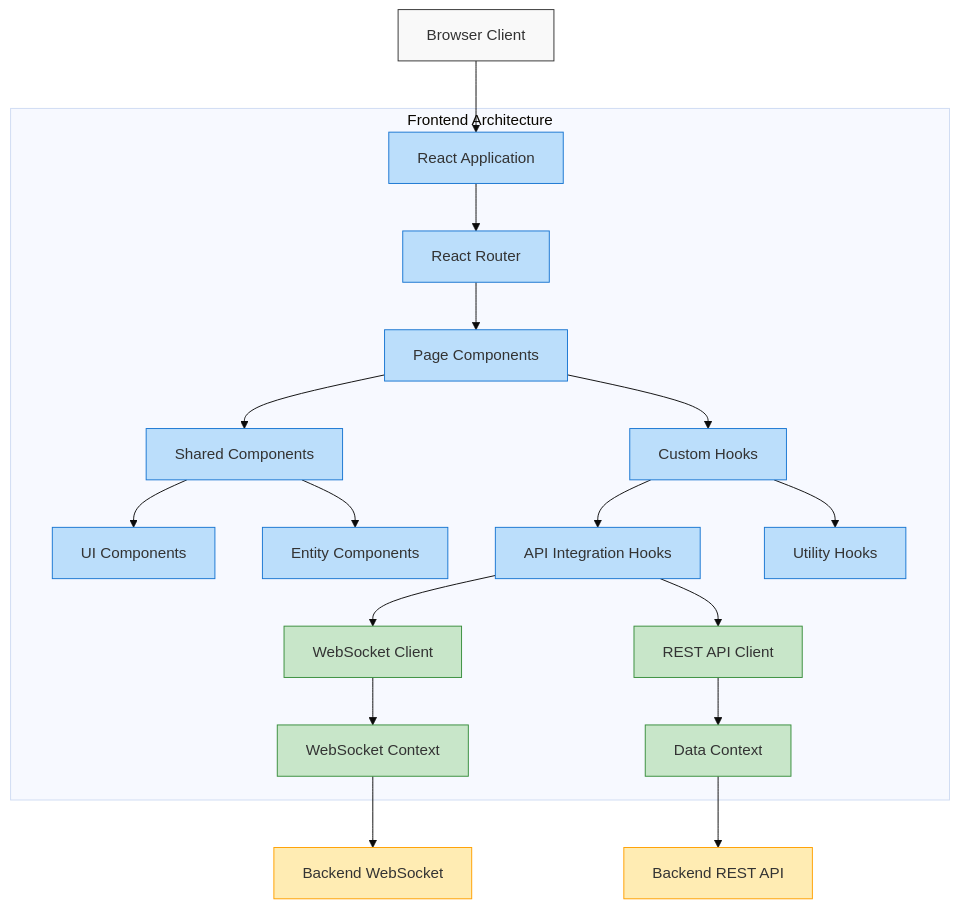
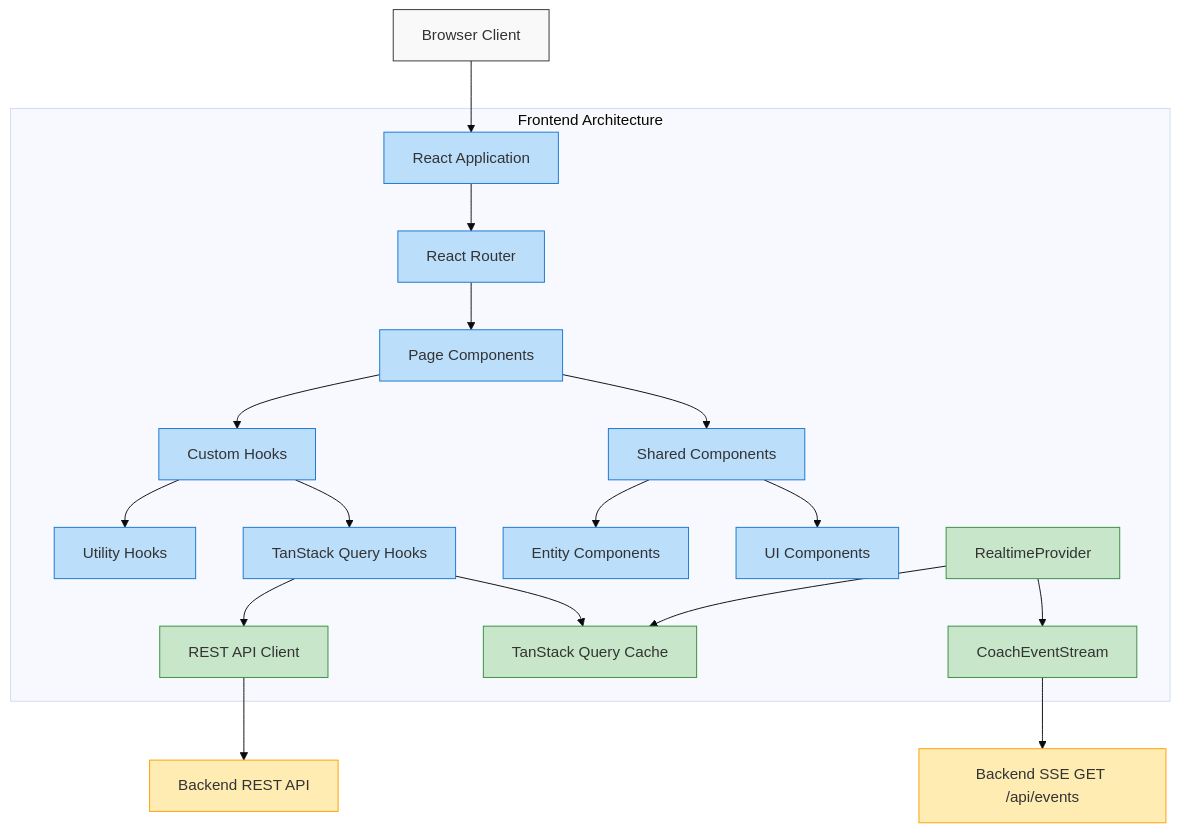
One commit to carpenike/coachiq changed the diagram in docs/architecture/frontend.md. Above: the diagram before and after it, drawn with Mermaid (base theme). The commit also changed other lines of this file and 32 other files, not shown here.

````diff
--- a/docs/architecture/frontend.md
+++ b/docs/architecture/frontend.md
@@ -7,36 +7,35 @@
 ```mermaid
 graph TD
     Client[Browser Client] --> ReactApp[React Application]
 
     subgraph "Frontend Architecture"
         ReactApp --> Router[React Router]
         Router --> Pages[Page Components]
         Pages --> SharedComponents[Shared Components]
         Pages --> Hooks[Custom Hooks]
 
         SharedComponents --> UIComponents[UI Components]
         SharedComponents --> EntityComponents[Entity Components]
 
-        Hooks --> APIHooks[API Integration Hooks]
+        Hooks --> QueryHooks[TanStack Query Hooks]
         Hooks --> UtilityHooks[Utility Hooks]
 
-        APIHooks --> WebSocketClient[WebSocket Client]
-        APIHooks --> RESTClient[REST API Client]
-
-        WebSocketClient --> WSContext[WebSocket Context]
-        RESTClient --> DataContext[Data Context]
+        QueryHooks --> QueryCache[TanStack Query Cache]
+        RealtimeProvider[RealtimeProvider] --> SSEClient[CoachEventStream]
+        RealtimeProvider --> QueryCache
+        QueryHooks --> RESTClient[REST API Client]
     end
 
-    WSContext --> BackendWS[Backend WebSocket]
-    DataContext --> BackendREST[Backend REST API]
+    SSEClient --> BackendSSE[Backend SSE GET /api/events]
+    RESTClient --> BackendREST[Backend REST API]
 
     classDef client fill:#f9f9f9,stroke:#333,stroke-width:1px;
     classDef frontend fill:#bbdefb,stroke:#1976d2,stroke-width:1px;
     classDef api fill:#c8e6c9,stroke:#388e3c,stroke-width:1px;
     classDef backend fill:#ffecb3,stroke:#ffa000,stroke-width:1px;
 
     class Client client;
-    class ReactApp,Router,Pages,SharedComponents,UIComponents,EntityComponents,Hooks,APIHooks,UtilityHooks frontend;
-    class WebSocketClient,RESTClient,WSContext,DataContext api;
-    class BackendWS,BackendREST backend;
+    class ReactApp,Router,Pages,SharedComponents,UIComponents,EntityComponents,Hooks,QueryHooks,UtilityHooks frontend;
+    class SSEClient,RESTClient,RealtimeProvider,QueryCache api;
+    class BackendSSE,BackendREST backend;
 ```
````
